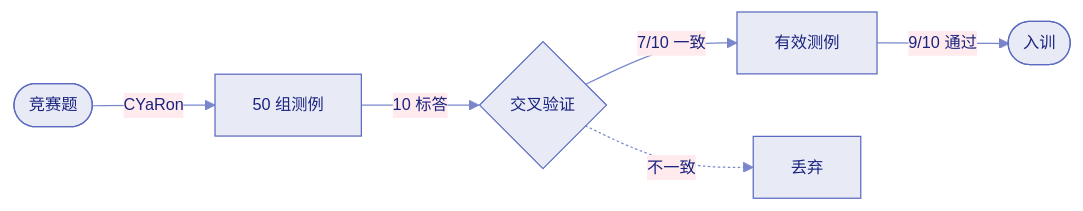
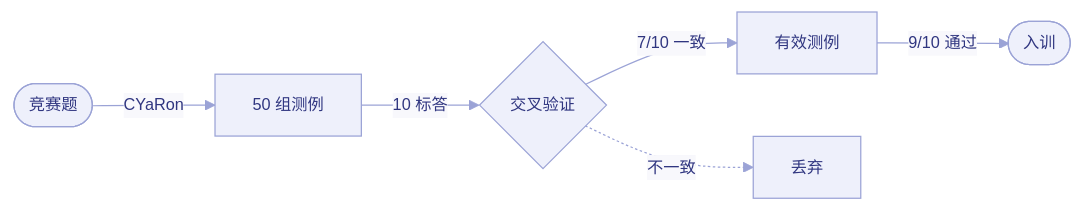
The seventh of 8 diagrams in docs/post-training/ch2/2.9-data-engineering.md (XavierZhang2002/agentic-rl-analysis), drawn with Mermaid before and after one commit. The commit also changed other lines of this file, not shown here.

First line of the commit message:
style: 优化 Mermaid 配色，去除灰色背景

````diff
--- a/docs/post-training/ch2/2.9-data-engineering.md
+++ b/docs/post-training/ch2/2.9-data-engineering.md
@@ -270,8 +270,8 @@
 ```mermaid
-%%{init: {'theme': 'base', 'themeVariables': {'primaryColor': '#e8eaf6', 'primaryTextColor': '#1a237e', 'primaryBorderColor': '#5c6bc0', 'lineColor': '#7986cb', 'secondaryColor': '#ffebee', 'fontFamily': 'Noto Sans SC, sans-serif', 'fontSize': '13px'}}}%%
+%%{init: {'theme': 'base', 'themeVariables': {'primaryColor': '#eef0fb', 'primaryTextColor': '#303680', 'primaryBorderColor': '#9ba3d6', 'lineColor': '#9ba3d6', 'secondaryColor': '#f8f8fc', 'tertiaryColor': '#ffffff', 'tertiaryBorderColor': '#d8dbe8', 'fontFamily': 'Noto Sans SC, sans-serif', 'fontSize': '13px'}}}%%
 flowchart LR
     P(["竞赛题"]) -->|"CYaRon"| T["50 组测例"] -->|"10 标答"| V{"交叉验证"}
     V -->|"7/10 一致"| OK["有效测例"]
     V -.->|"不一致"| DROP["丢弃"]
     OK -->|"9/10 通过"| TRAIN([入训])
 ```
````
